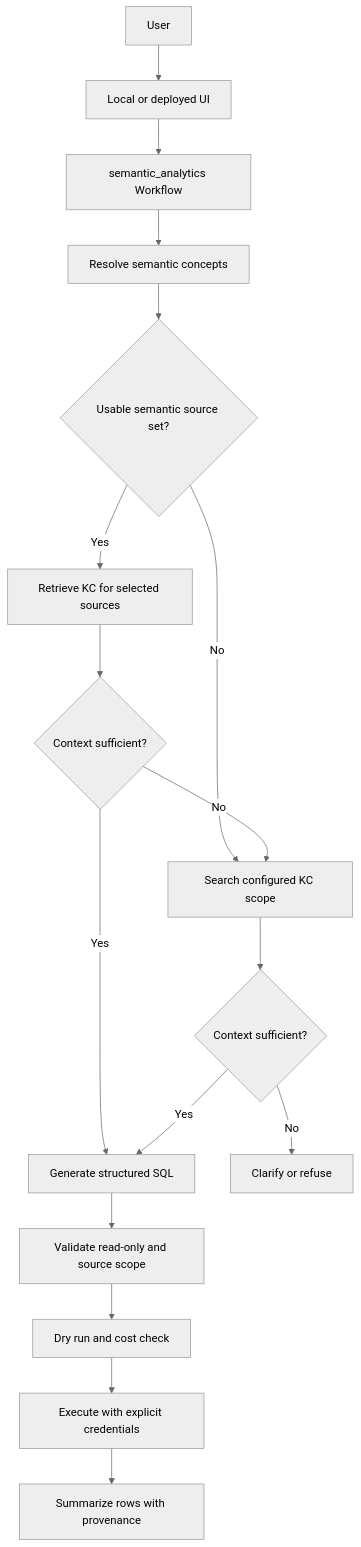
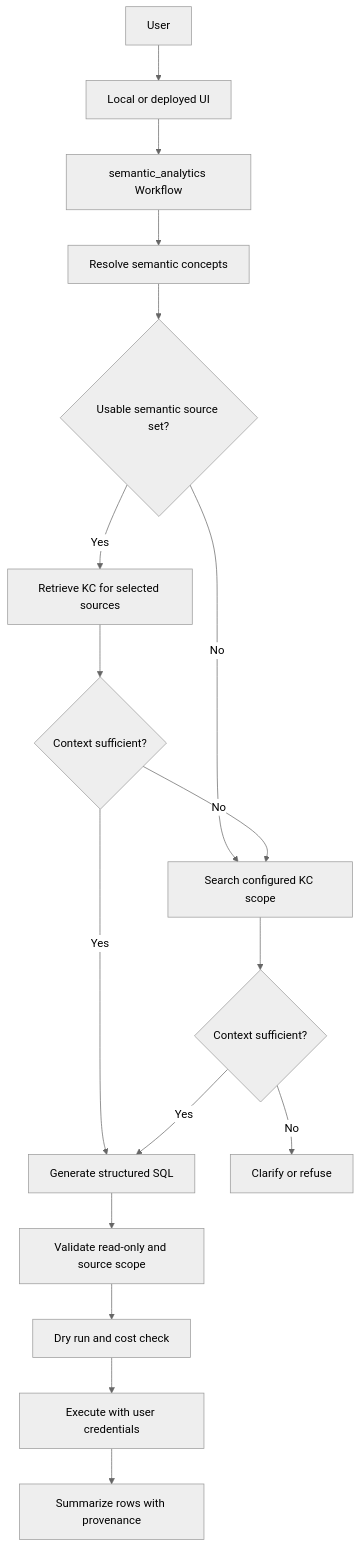
The diagram in bq_caapi_ge/docs/adk_semantic_layer_plan.md (johanesalxd/random-stuff), drawn with Mermaid (neutral theme) before and after one commit. The commit also changed other lines of this file and 5 other files, not shown here.

````diff
--- a/bq_caapi_ge/docs/adk_semantic_layer_plan.md
+++ b/bq_caapi_ge/docs/adk_semantic_layer_plan.md
@@ -235,19 +246,19 @@
 ```mermaid
 flowchart TD
   User[User] --> UI[Local or deployed UI]
   UI --> ADK[semantic_analytics Workflow]
   ADK --> Semantic[Resolve semantic concepts]
   Semantic --> Relevant{Usable semantic source set?}
   Relevant -->|Yes| NarrowKC[Retrieve KC for selected sources]
   Relevant -->|No| BroadKC[Search configured KC scope]
   NarrowKC --> Assess{Context sufficient?}
   Assess -->|No| BroadKC
   Assess -->|Yes| Generate[Generate structured SQL]
   BroadKC --> BroadAssess{Context sufficient?}
   BroadAssess -->|No| Clarify[Clarify or refuse]
   BroadAssess -->|Yes| Generate
   Generate --> Policy[Validate read-only and source scope]
   Policy --> DryRun[Dry run and cost check]
-  DryRun --> Execute[Execute with explicit credentials]
+  DryRun --> Execute[Execute with user credentials]
   Execute --> Answer[Summarize rows with provenance]
 ```
````
